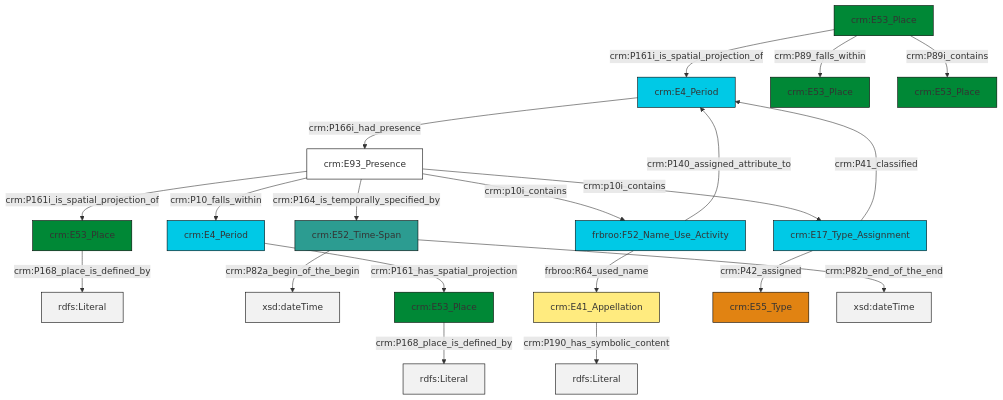
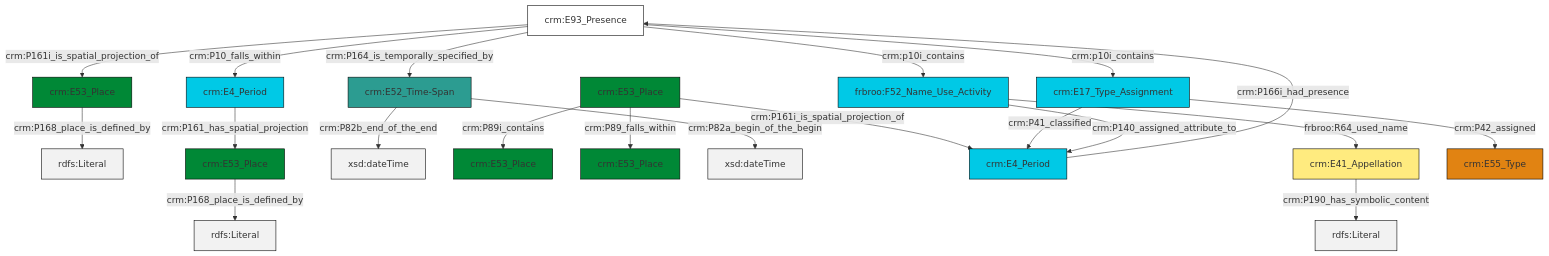
The diagram in et/placeCSV/ttl/mmd/place_parthood.ttl.mmd (ncarboni/srdm), drawn with Mermaid before and after one commit. The commit also changed 395 other files, not shown here.

```diff
--- a/et/placeCSV/ttl/mmd/place_parthood.ttl.mmd
+++ b/et/placeCSV/ttl/mmd/place_parthood.ttl.mmd
@@ -1,34 +1,34 @@
 graph TD
 classDef Literal fill:#f2f2f2,stroke:#000000;
 classDef CRM_Entity fill:#FFFFFF,stroke:#000000;
 classDef Temporal_Entity fill:#00C9E6, stroke:#000000;
 classDef Type fill:#E18312, stroke:#000000;
 classDef Time-Span fill:#2C9C91, stroke:#000000;
 classDef Appellation fill:#FFEB7F, stroke:#000000;
 classDef Place fill:#008836, stroke:#000000;
 classDef Persistent_Item fill:#B266B2, stroke:#000000;
 classDef Conceptual_Object fill:#FFD700, stroke:#000000;
 classDef Physical_Thing fill:#D2B48C, stroke:#000000;
 classDef Actor fill:#f58aad, stroke:#000000;
 classDef PC_Classes fill:#4ce600, stroke:#000000;
 classDef Multi fill:#cccccc,stroke:#000000;
 
-0["crm:E53_Place"]:::Place -->|crm:P168_place_is_defined_by| 1[rdfs:Literal]:::Literal
-2["crm:E52_Time-Span"]:::Time-Span -->|crm:P82a_begin_of_the_begin| 3[xsd:dateTime]:::Literal
-8["frbroo:F52_Name_Use_Activity"]:::Temporal_Entity -->|crm:P140_assigned_attribute_to| 9["crm:E4_Period"]:::Temporal_Entity
-6["crm:E53_Place"]:::Place -->|crm:P161i_is_spatial_projection_of| 9["crm:E4_Period"]:::Temporal_Entity
-9["crm:E4_Period"]:::Temporal_Entity -->|crm:P166i_had_presence| 11["crm:E93_Presence"]:::CRM_Entity
-11["crm:E93_Presence"]:::CRM_Entity -->|crm:p10i_contains| 15["crm:E17_Type_Assignment"]:::Temporal_Entity
-4["crm:E53_Place"]:::Place -->|crm:P168_place_is_defined_by| 16[rdfs:Literal]:::Literal
-11["crm:E93_Presence"]:::CRM_Entity -->|crm:P161i_is_spatial_projection_of| 0["crm:E53_Place"]:::Place
-8["frbroo:F52_Name_Use_Activity"]:::Temporal_Entity -->|frbroo:R64_used_name| 17["crm:E41_Appellation"]:::Appellation
-19["crm:E4_Period"]:::Temporal_Entity -->|crm:P161_has_spatial_projection| 4["crm:E53_Place"]:::Place
-11["crm:E93_Presence"]:::CRM_Entity -->|crm:P10_falls_within| 19["crm:E4_Period"]:::Temporal_Entity
-15["crm:E17_Type_Assignment"]:::Temporal_Entity -->|crm:P42_assigned| 20["crm:E55_Type"]:::Type
-6["crm:E53_Place"]:::Place -->|crm:P89_falls_within| 13["crm:E53_Place"]:::Place
-11["crm:E93_Presence"]:::CRM_Entity -->|crm:P164_is_temporally_specified_by| 2["crm:E52_Time-Span"]:::Time-Span
-17["crm:E41_Appellation"]:::Appellation -->|crm:P190_has_symbolic_content| 28[rdfs:Literal]:::Literal
-2["crm:E52_Time-Span"]:::Time-Span -->|crm:P82b_end_of_the_end| 29[xsd:dateTime]:::Literal
-11["crm:E93_Presence"]:::CRM_Entity -->|crm:p10i_contains| 8["frbroo:F52_Name_Use_Activity"]:::Temporal_Entity
-6["crm:E53_Place"]:::Place -->|crm:P89i_contains| 22["crm:E53_Place"]:::Place
-15["crm:E17_Type_Assignment"]:::Temporal_Entity -->|crm:P41_classified| 9["crm:E4_Period"]:::Temporal_Entity
+2["crm:E53_Place"]:::Place -->|crm:P168_place_is_defined_by| 3[rdfs:Literal]:::Literal
+6["crm:E93_Presence"]:::CRM_Entity -->|crm:P10_falls_within| 0["crm:E4_Period"]:::Temporal_Entity
+0["crm:E4_Period"]:::Temporal_Entity -->|crm:P161_has_spatial_projection| 8["crm:E53_Place"]:::Place
+4["crm:E52_Time-Span"]:::Time-Span -->|crm:P82b_end_of_the_end| 9[xsd:dateTime]:::Literal
+8["crm:E53_Place"]:::Place -->|crm:P168_place_is_defined_by| 12[rdfs:Literal]:::Literal
+4["crm:E52_Time-Span"]:::Time-Span -->|crm:P82a_begin_of_the_begin| 15[xsd:dateTime]:::Literal
+16["crm:E53_Place"]:::Place -->|crm:P89_falls_within| 13["crm:E53_Place"]:::Place
+16["crm:E53_Place"]:::Place -->|crm:P161i_is_spatial_projection_of| 17["crm:E4_Period"]:::Temporal_Entity
+6["crm:E93_Presence"]:::CRM_Entity -->|crm:p10i_contains| 19["frbroo:F52_Name_Use_Activity"]:::Temporal_Entity
+6["crm:E93_Presence"]:::CRM_Entity -->|crm:p10i_contains| 20["crm:E17_Type_Assignment"]:::Temporal_Entity
+20["crm:E17_Type_Assignment"]:::Temporal_Entity -->|crm:P41_classified| 17["crm:E4_Period"]:::Temporal_Entity
+17["crm:E4_Period"]:::Temporal_Entity -->|crm:P166i_had_presence| 6["crm:E93_Presence"]:::CRM_Entity
+16["crm:E53_Place"]:::Place -->|crm:P89i_contains| 10["crm:E53_Place"]:::Place
+19["frbroo:F52_Name_Use_Activity"]:::Temporal_Entity -->|frbroo:R64_used_name| 23["crm:E41_Appellation"]:::Appellation
+6["crm:E93_Presence"]:::CRM_Entity -->|crm:P161i_is_spatial_projection_of| 2["crm:E53_Place"]:::Place
+19["frbroo:F52_Name_Use_Activity"]:::Temporal_Entity -->|crm:P140_assigned_attribute_to| 17["crm:E4_Period"]:::Temporal_Entity
+6["crm:E93_Presence"]:::CRM_Entity -->|crm:P164_is_temporally_specified_by| 4["crm:E52_Time-Span"]:::Time-Span
+23["crm:E41_Appellation"]:::Appellation -->|crm:P190_has_symbolic_content| 28[rdfs:Literal]:::Literal
+20["crm:E17_Type_Assignment"]:::Temporal_Entity -->|crm:P42_assigned| 29["crm:E55_Type"]:::Type
```
